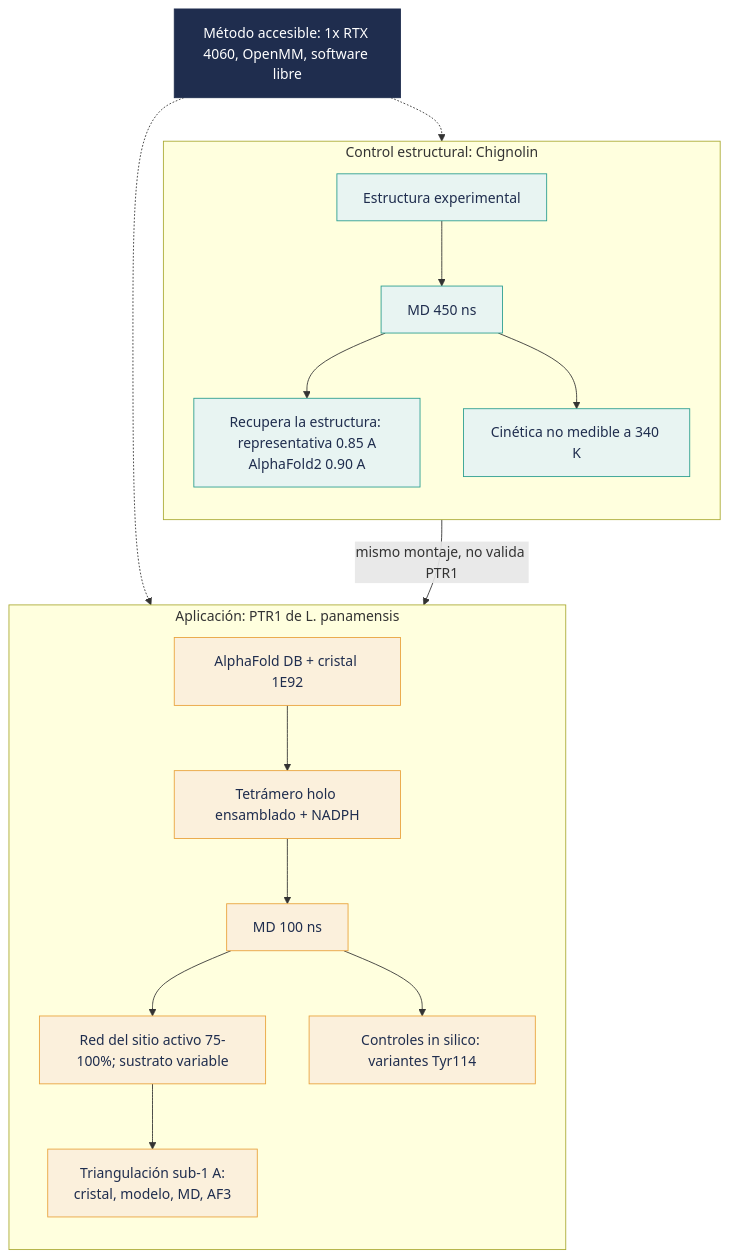
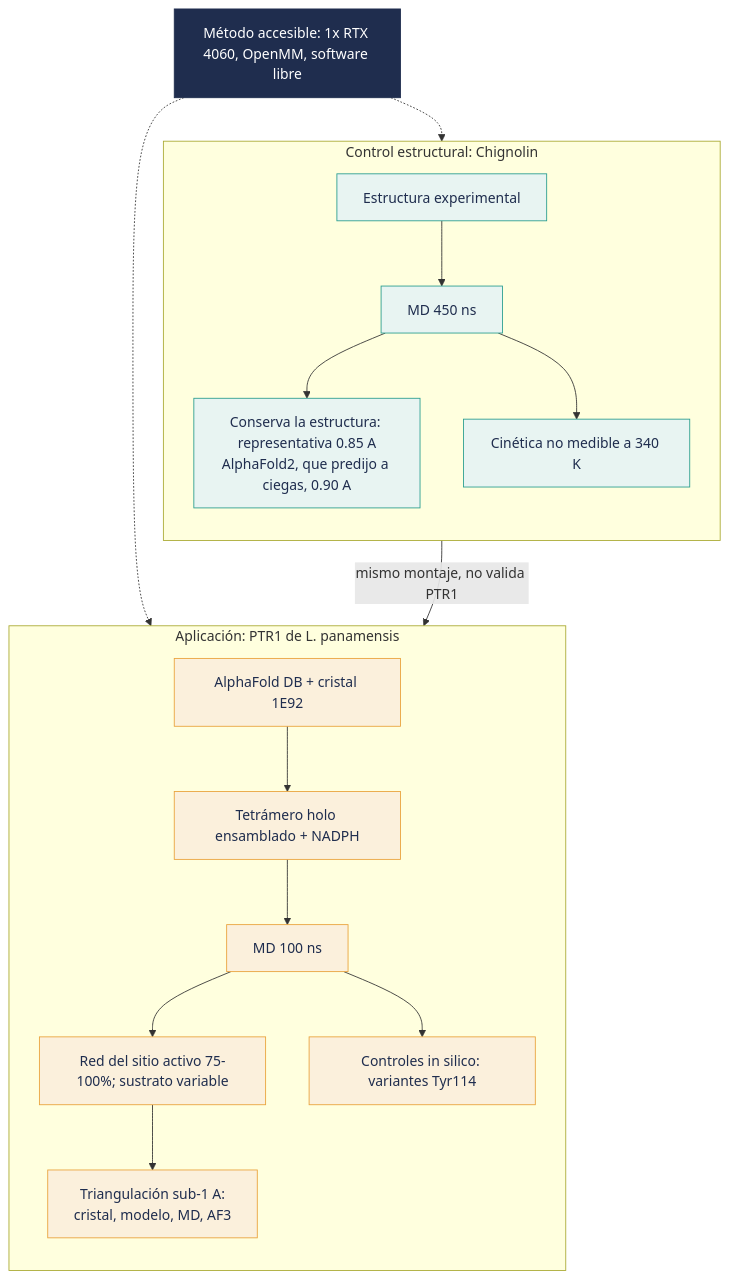
Before and after one commit to cpu-16/ptr1-leishmania-md-gpu: the diagram in README.md, drawn with Mermaid. The commit also changed other lines of this file and 7 other files, not shown here.

````diff
--- a/README.md
+++ b/README.md
@@ -44,31 +44,31 @@
 ```mermaid
 flowchart TB
     MET["Método accesible: 1x RTX 4060, OpenMM, software libre"]
 
     subgraph CAL["Control estructural: Chignolin"]
         direction TB
         C1["Estructura experimental"] --> C2["MD 450 ns"]
-        C2 --> C3["Recupera la estructura: representativa 0.85 A<br/>AlphaFold2 0.90 A"]
+        C2 --> C3["Conserva la estructura: representativa 0.85 A<br/>AlphaFold2, que predijo a ciegas, 0.90 A"]
         C2 --> C4["Cinética no medible a 340 K"]
     end
 
     subgraph APP["Aplicación: PTR1 de L. panamensis"]
         direction TB
         P1["AlphaFold DB + cristal 1E92"] --> P2["Tetrámero holo ensamblado + NADPH"]
         P2 --> P3["MD 100 ns"]
         P3 --> P4["Red del sitio activo 75-100%; sustrato variable"]
         P3 --> P5["Controles in silico: variantes Tyr114"]
         P4 --> P6["Triangulación sub-1 A:<br/>cristal, modelo, MD, AF3"]
     end
 
     MET -.-> CAL
     MET -.-> APP
     CAL -->|mismo montaje, no valida PTR1| APP
 
     classDef cal fill:#E8F4F2,stroke:#2A9D8F,color:#1F2D4E;
     classDef app fill:#FBF0DC,stroke:#E9A23B,color:#1F2D4E;
     classDef met fill:#1F2D4E,stroke:#1F2D4E,color:#FFFFFF;
     class C1,C2,C3,C4 cal;
     class P1,P2,P3,P4,P5,P6 app;
     class MET met;
 ```
````
